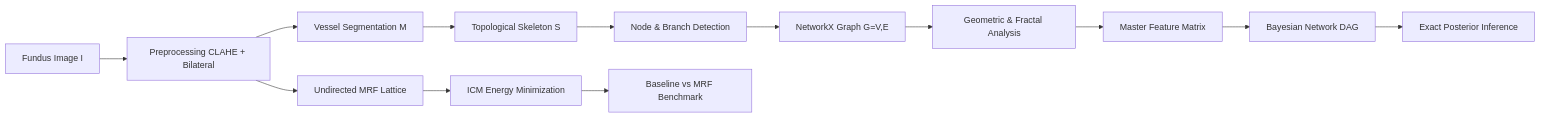
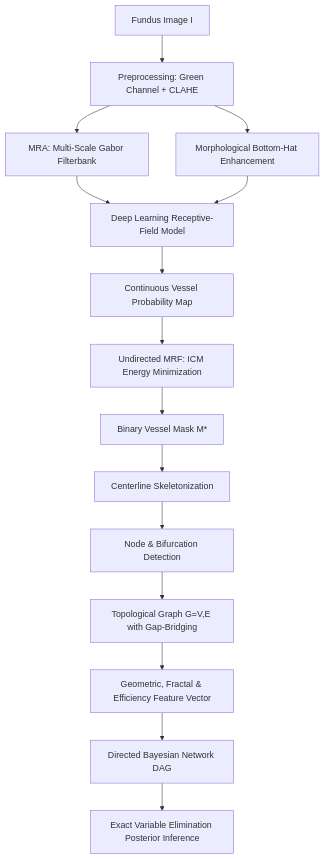
The diagram in README.md (Abhiram-k1/retinal-blood-vessel-pgm-analysis), drawn with Mermaid before and after one commit. The commit also changed other lines of this file and 175 other files, not shown here.

First line of the commit message:
feat: complete probabilistic & deep learning retinal vessel analysis pipeline

````diff
--- a/README.md
+++ b/README.md
@@ -46,15 +47,17 @@
 ```mermaid
-graph LR
-    A[Fundus Image I] --> B[Preprocessing CLAHE + Bilateral]
-    B --> C[Vessel Segmentation M]
-    C --> D[Topological Skeleton S]
-    D --> E[Node & Branch Detection]
-    E --> F[NetworkX Graph G=V,E]
-    F --> G[Geometric & Fractal Analysis]
-    G --> H[Master Feature Matrix]
-    H --> I[Bayesian Network DAG]
-    I --> J[Exact Posterior Inference]
-    B --> K[Undirected MRF Lattice]
-    K --> L[ICM Energy Minimization]
-    L --> M[Baseline vs MRF Benchmark]
+graph TD
+    A[Fundus Image I] --> B[Preprocessing: Green Channel + CLAHE]
+    B --> C1[MRA: Multi-Scale Gabor Filterbank]
+    B --> C2[Morphological Bottom-Hat Enhancement]
+    C1 --> D[Deep Learning Receptive-Field Model]
+    C2 --> D
+    D --> E[Continuous Vessel Probability Map]
+    E --> F[Undirected MRF: ICM Energy Minimization]
+    F --> G[Binary Vessel Mask M*]
+    G --> H[Centerline Skeletonization]
+    H --> I[Node & Bifurcation Detection]
+    I --> J[Topological Graph G=V,E with Gap-Bridging]
+    J --> K[Geometric, Fractal & Efficiency Feature Vector]
+    K --> L[Directed Bayesian Network DAG]
+    L --> M[Exact Variable Elimination Posterior Inference]
 ```
````
